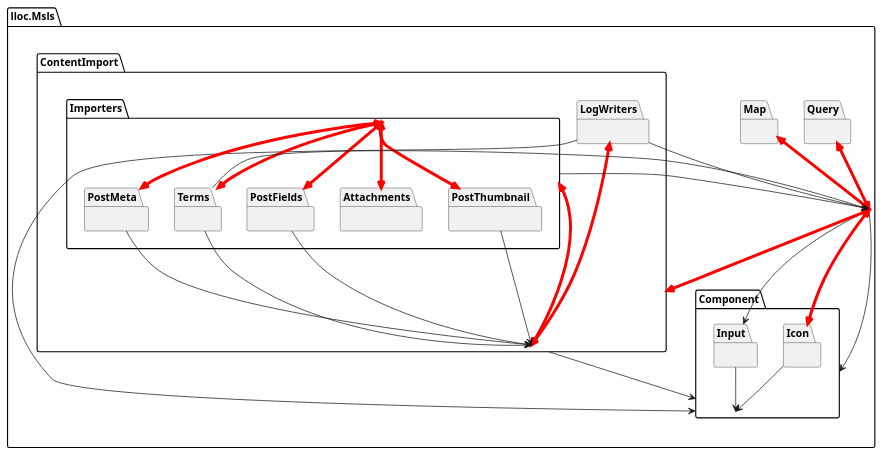
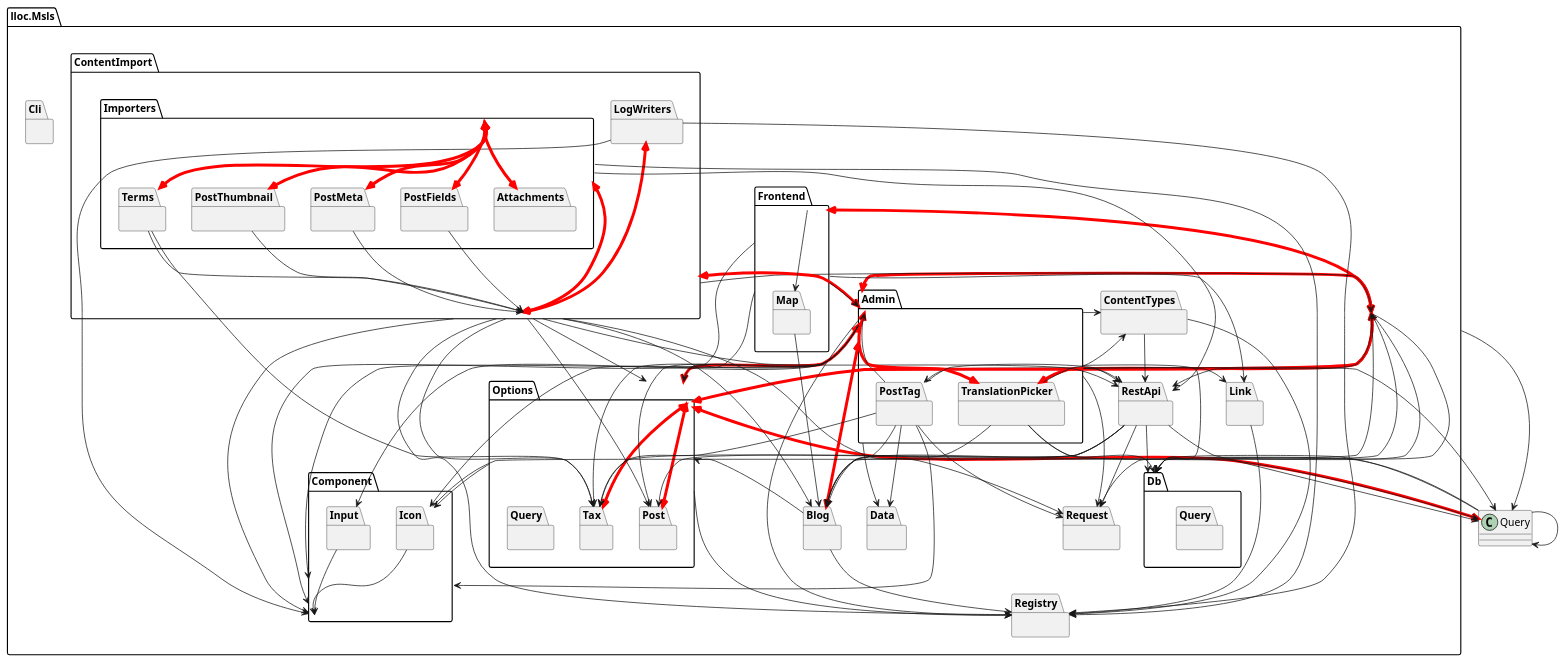
One commit to lloc/Multisite-Language-Switcher changed the diagram in docs/diagrams/msls-package.puml. Above: the diagram before and after it, drawn with PlantUML. The commit also changed 1 other file, not shown here.

Commit message:
Diagrams refreshed

```diff
--- a/docs/diagrams/msls-package.puml
+++ b/docs/diagrams/msls-package.puml
@@ -1,54 +1,156 @@
 @startuml package-related-diagram
   package lloc.Msls as Msls {
+    package Options {
+      package Post {
+      }
+      package Tax {
+      }
+      package Query {
+      }
+    }
     package ContentImport {
       package LogWriters {
       }
       package Importers {
         package PostMeta {
         }
         package PostThumbnail {
         }
         package Terms {
         }
         package PostFields {
         }
         package Attachments {
         }
       }
     }
+    package Frontend {
+      package Map {
+      }
+    }
+    package Admin {
+      package TranslationPicker {
+      }
+      package PostTag {
+      }
+    }
     package Component {
       package Input {
       }
       package Icon {
       }
     }
-    package Map {
+    package Cli {
     }
-    package Query {
+    package Blog {
+    }
+    package RestApi {
+    }
+    package Link {
+    }
+    package Registry {
+    }
+    package Db {
+      package Query {
+      }
+    }
+    package Request {
+    }
+    package ContentTypes {
+    }
+    package Data {
     }
   }
-  Msls --> Input
-  Msls <-[#red,plain,thickness=4]-> Query
-  Msls --> Component
-  Msls <-[#red,plain,thickness=4]-> Map
-  Msls <-[#red,plain,thickness=4]-> ContentImport
-  Msls <-[#red,plain,thickness=4]-> Icon
+
+  Msls <-[#red,plain,thickness=4]-> Admin
+  Msls --> PostTag
+  Msls <-[#red,plain,thickness=4]-> TranslationPicker
+  Msls --> Query
+  Msls --> Db
+  Msls <-[#red,plain,thickness=4]-> Frontend
+  Msls <-[#red,plain,thickness=4]-> Options
+  Msls --> Request
+  Msls --> RestApi
+  Options <-[#red,plain,thickness=4]-> Admin
+  Options --> Icon
+  Options <-[#red,plain,thickness=4]-> Post
+  Options <-[#red,plain,thickness=4]-> Query
+  Options <-[#red,plain,thickness=4]-> Tax
+  Options --> Registry
+  Query --> Db
+  Query --> Query
+  ContentImport --> Options
+  ContentImport --> Tax
+  ContentImport --> Blog
   ContentImport --> Component
   ContentImport <-[#red,plain,thickness=4]-> Importers
+  ContentImport --> Post
+  ContentImport --> Msls
+  ContentImport --> Registry
+  ContentImport --> Request
+  ContentImport --> RestApi
   ContentImport <-[#red,plain,thickness=4]-> LogWriters
+  ContentImport <-[#red,plain,thickness=4]-> Admin
   LogWriters --> Component
-  LogWriters --> Msls
+  LogWriters --> Registry
   Importers <-[#red,plain,thickness=4]-> PostFields
-  Importers --> Msls
+  Importers --> Registry
   Importers <-[#red,plain,thickness=4]-> Terms
+  Importers --> RestApi
   Importers <-[#red,plain,thickness=4]-> PostThumbnail
   Importers <-[#red,plain,thickness=4]-> PostMeta
   Importers <-[#red,plain,thickness=4]-> Attachments
   PostMeta --> ContentImport
   PostThumbnail --> ContentImport
   Terms --> ContentImport
-  Terms --> Msls
+  Terms --> Tax
   PostFields --> ContentImport
+  Frontend --> Options
+  Frontend --> Admin
+  Frontend --> Map
+  Frontend --> Link
+  Frontend --> Component
+  Map --> Blog
+  Admin --> Component
+  Admin --> Icon
+  Admin <-[#red,plain,thickness=4]-> TranslationPicker
+  Admin <-[#red,plain,thickness=4]-> Blog
+  Admin --> Data
+  Admin --> Post
+  Admin --> Request
+  Admin --> RestApi
+  Admin --> ContentTypes
+  Admin --> Input
+  Admin --> Query
+  Admin --> Db
+  Admin --> Tax
+  Admin --> Link
+  Admin --> Registry
+  TranslationPicker --> Blog
+  TranslationPicker --> ContentTypes
+  TranslationPicker --> Db
+  TranslationPicker --> Query
+  PostTag --> Admin
+  PostTag --> Blog
+  PostTag --> Component
+  PostTag --> Tax
+  PostTag --> Data
+  PostTag --> Request
+  PostTag --> RestApi
   Input --> Component
   Icon --> Component
+  Icon --> Msls
+  Blog --> Options
+  Blog --> Msls
+  Blog --> Registry
+  RestApi --> Blog
+  RestApi --> Db
+  RestApi --> Query
+  RestApi --> Post
+  RestApi --> Tax
+  RestApi --> Request
+  Link --> Registry
+  Query --> Db
+  ContentTypes --> RestApi
+  ContentTypes --> Registry
 @enduml
```
